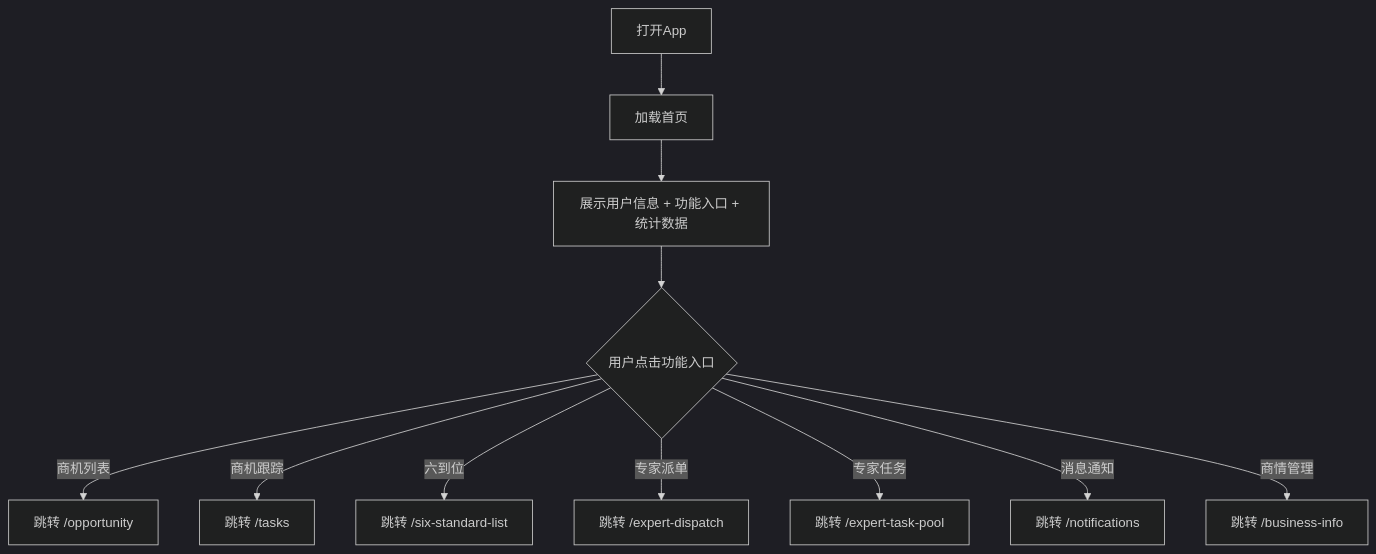
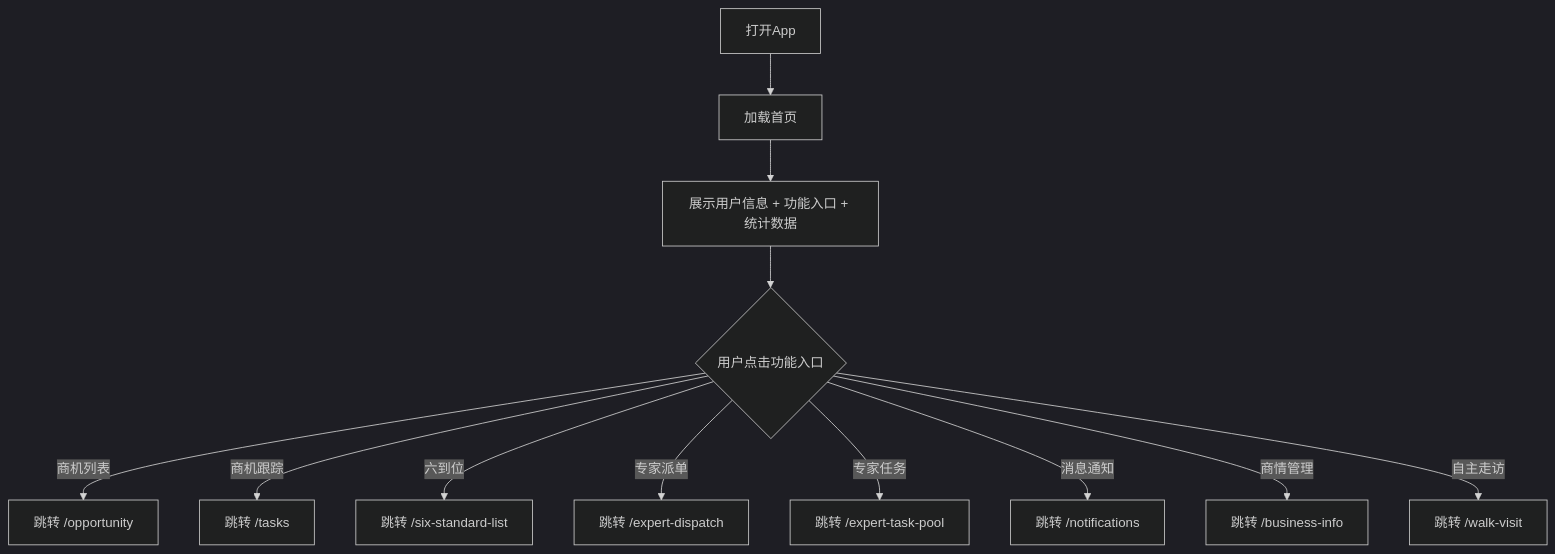
The diagram in .prd/_routes/_index.md (cuiweihaoxuan-eng/lto-app), drawn with Mermaid (dark theme) before and after one commit. The commit also changed other lines of this file and 11 other files, not shown here.

First line of the commit message:
feat(walk-visit): 自主走访模块接入

````diff
--- a/.prd/_routes/_index.md
+++ b/.prd/_routes/_index.md
@@ -49,13 +49,14 @@
 ```mermaid
 graph TD
     A[打开App] --> B[加载首页]
     B --> C[展示用户信息 + 功能入口 + 统计数据]
     C --> D{用户点击功能入口}
     D -->|商机列表| E[跳转 /opportunity]
     D -->|商机跟踪| F[跳转 /tasks]
     D -->|六到位| G[跳转 /six-standard-list]
     D -->|专家派单| H[跳转 /expert-dispatch]
     D -->|专家任务| I[跳转 /expert-task-pool]
     D -->|消息通知| J[跳转 /notifications]
     D -->|商情管理| K[跳转 /business-info]
+    D -->|自主走访| L[跳转 /walk-visit]
 ```
````
